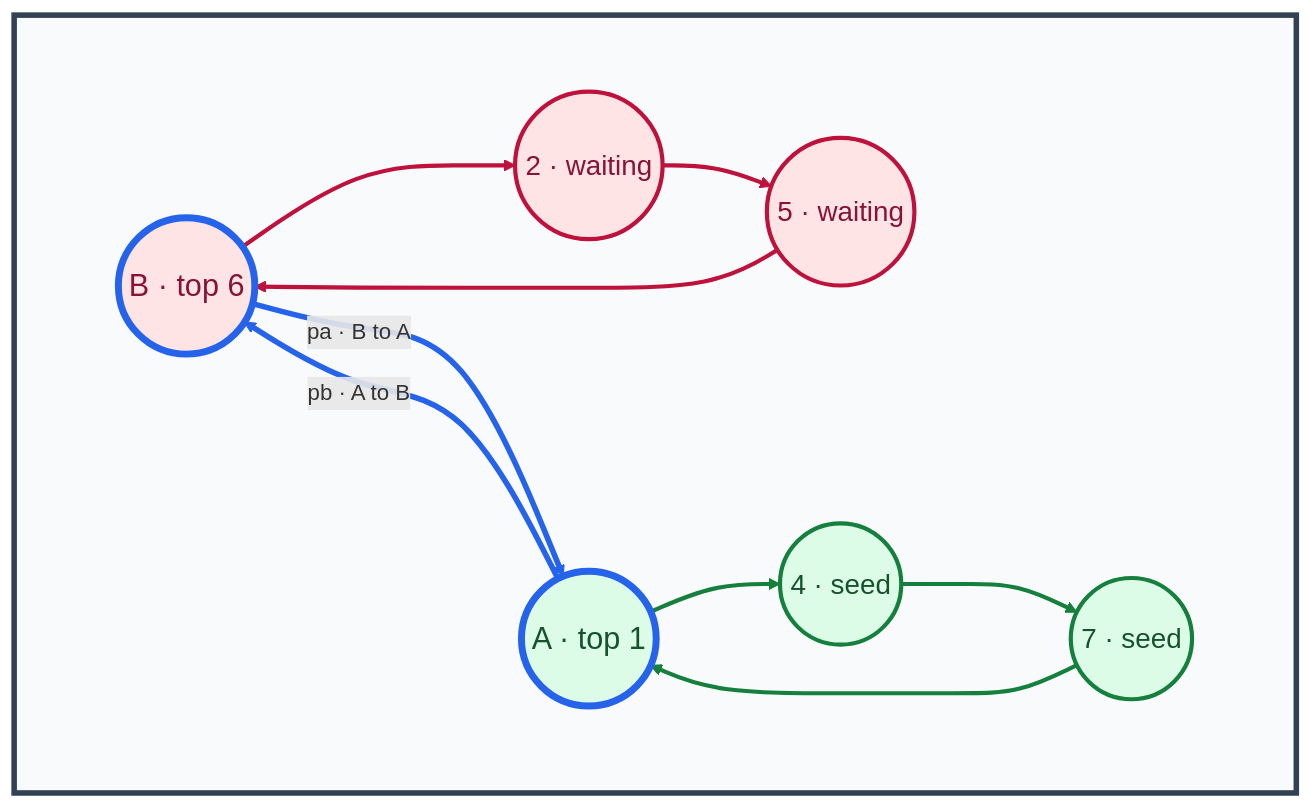
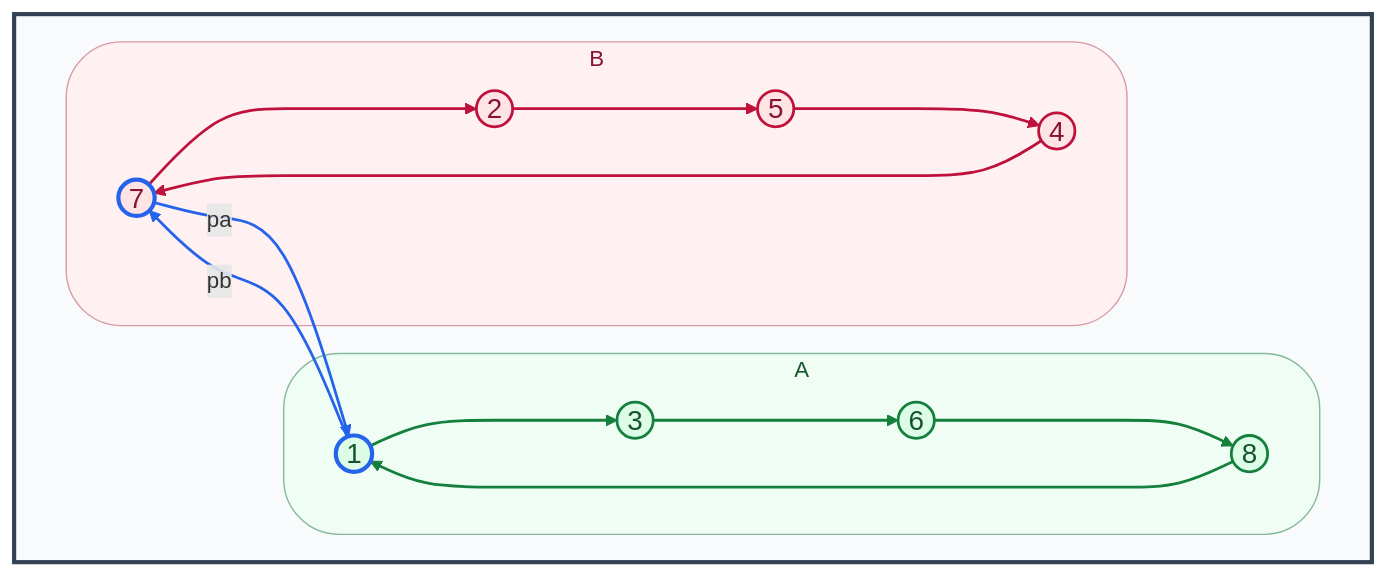
Before and after one commit to CrispyNuggetD/42_Singapore_SUTD: the first of 3 diagrams in Core Curriculum/Projects/2_push_swap/README.md, drawn with Mermaid.

Commit message:
docs(push_swap): simplify ring artwork to numbers and coloured sequences

````diff
--- a/Core Curriculum/Projects/2_push_swap/README.md
+++ b/Core Curriculum/Projects/2_push_swap/README.md
@@ -22,33 +22,35 @@
 ```mermaid
 flowchart LR
     subgraph FRAME[" "]
         direction LR
-        subgraph A[" "]
-            a1(("A · top 1"))
-            a4(("4 · seed"))
-            a7(("7 · seed"))
-            a1 --> a4 --> a7 --> a1
+        subgraph A["A"]
+            a1(("1"))
+            a3(("3"))
+            a6(("6"))
+            a8(("8"))
+            a1 ---> a3 ---> a6 ---> a8 ---> a1
         end
-        subgraph B[" "]
-            b6(("B · top 6"))
-            b2(("2 · waiting"))
-            b5(("5 · waiting"))
-            b6 --> b2 --> b5 --> b6
+        subgraph B["B"]
+            b7(("7"))
+            b2(("2"))
+            b5(("5"))
+            b4(("4"))
+            b7 ---> b2 ---> b5 ---> b4 ---> b7
         end
-        a1 -->|"pb · A to B"| b6
-        b6 -->|"pa · B to A"| a1
+        a1 -->|"pb"| b7
+        b7 -->|"pa"| a1
     end
 
-    classDef seed fill:#dcfce7,stroke:#15803d,color:#14532d,stroke-width:3px,font-size:20px
-    classDef pending fill:#ffe4e6,stroke:#be123c,color:#881337,stroke-width:3px,font-size:20px
-    classDef port stroke:#2563eb,stroke-width:5px,font-size:22px
-    class a1,a4,a7 seed
-    class b6,b2,b5 pending
-    class a1,b6 port
-    style FRAME fill:#f8fafc,stroke:#334155,stroke-width:4px
-    style A fill:transparent,stroke:transparent
-    style B fill:transparent,stroke:transparent
-    linkStyle 0,1,2 stroke:#15803d,stroke-width:3px
-    linkStyle 3,4,5 stroke:#be123c,stroke-width:3px
-    linkStyle 6,7 stroke:#2563eb,stroke-width:4px
+    classDef green fill:#dcfce7,stroke:#15803d,color:#14532d,stroke-width:2px,font-size:20px
+    classDef rose fill:#ffe4e6,stroke:#be123c,color:#881337,stroke-width:2px,font-size:20px
+    classDef exchange stroke:#2563eb,stroke-width:3px
+    class a1,a3,a6,a8 green
+    class b7,b2,b5,b4 rose
+    class a1,b7 exchange
+    style FRAME fill:#f8fafc,stroke:#334155,stroke-width:3px
+    style A fill:#f0fdf4,stroke:#86b99a,stroke-width:1px,color:#14532d,rx:40px,ry:40px
+    style B fill:#fff1f2,stroke:#d99aa8,stroke-width:1px,color:#881337,rx:40px,ry:40px
+    linkStyle 0,1,2,3 stroke:#15803d,stroke-width:2px
+    linkStyle 4,5,6,7 stroke:#be123c,stroke-width:2px
+    linkStyle 8,9 stroke:#2563eb,stroke-width:2px
 ```
````
